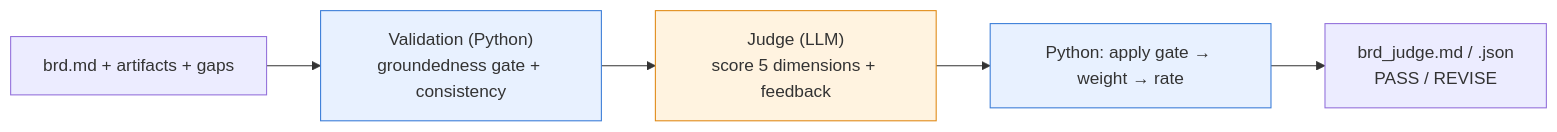
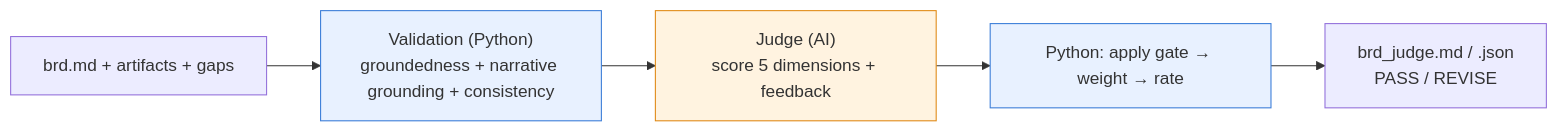
Diagram 12 of 12 in README.md (kaajalkrish/Legacy-Harness-Modernization-System), drawn with Mermaid before and after one commit. The commit also changed other lines of this file and 19 other files, not shown here.

````diff
--- a/README.md
+++ b/README.md
@@ -303,11 +304,11 @@
 ```mermaid
 flowchart LR
-    I["brd.md + artifacts + gaps"] --> V["Validation (Python)<br/>groundedness gate + consistency"]
-    V --> J["Judge (LLM)<br/>score 5 dimensions + feedback"]
+    I["brd.md + artifacts + gaps"] --> V["Validation (Python)<br/>groundedness + narrative grounding + consistency"]
+    V --> J["Judge (AI)<br/>score 5 dimensions + feedback"]
     J --> G["Python: apply gate → weight → rate"]
     G --> O["brd_judge.md / .json<br/>PASS / REVISE"]
     classDef d fill:#e8f1ff,stroke:#3b7dd8;
     classDef l fill:#fff3e0,stroke:#e08a17;
     class V,G d;
     class J l;
 ```
````
